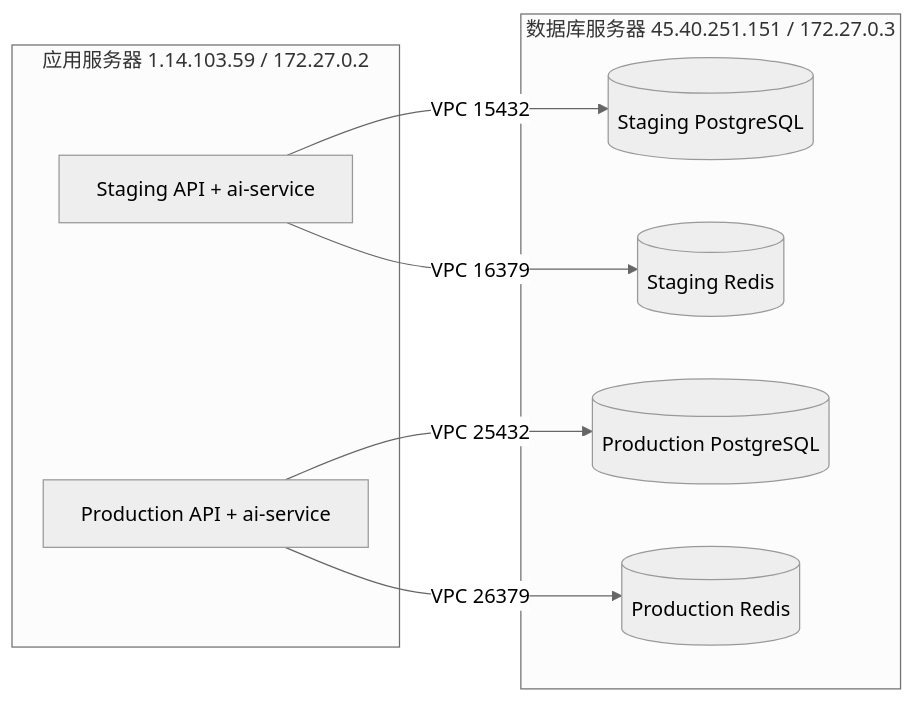
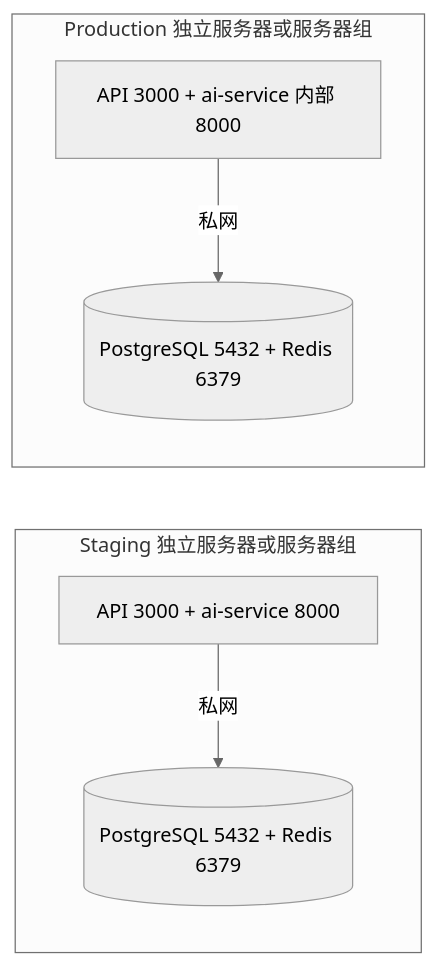
One commit to tubalong/cees_ai changed the first of 2 diagrams in docs/architecture/overview.md. Above: the diagram before and after it, drawn with Mermaid (neutral theme). The commit also changed other lines of this file and 34 other files, not shown here.

````diff
--- a/docs/architecture/overview.md
+++ b/docs/architecture/overview.md
@@ -38,19 +38,14 @@
 ```mermaid
 flowchart LR
-  subgraph APP["应用服务器 1.14.103.59 / 172.27.0.2"]
-    SA[Staging API + ai-service]
-    PA[Production API + ai-service]
+  subgraph STAGING["Staging 独立服务器或服务器组"]
+    SA[API 3000 + ai-service 8000]
+    SDB[(PostgreSQL 5432 + Redis 6379)]
+    SA -->|私网| SDB
   end
 
-  subgraph DB["数据库服务器 45.40.251.151 / 172.27.0.3"]
-    SPG[(Staging PostgreSQL)]
-    SR[(Staging Redis)]
-    PPG[(Production PostgreSQL)]
-    PR[(Production Redis)]
+  subgraph PRODUCTION["Production 独立服务器或服务器组"]
+    PA[API 3000 + ai-service 内部 8000]
+    PDB[(PostgreSQL 5432 + Redis 6379)]
+    PA -->|私网| PDB
   end
-
-  SA -->|VPC 15432| SPG
-  SA -->|VPC 16379| SR
-  PA -->|VPC 25432| PPG
-  PA -->|VPC 26379| PR
 ```
````
